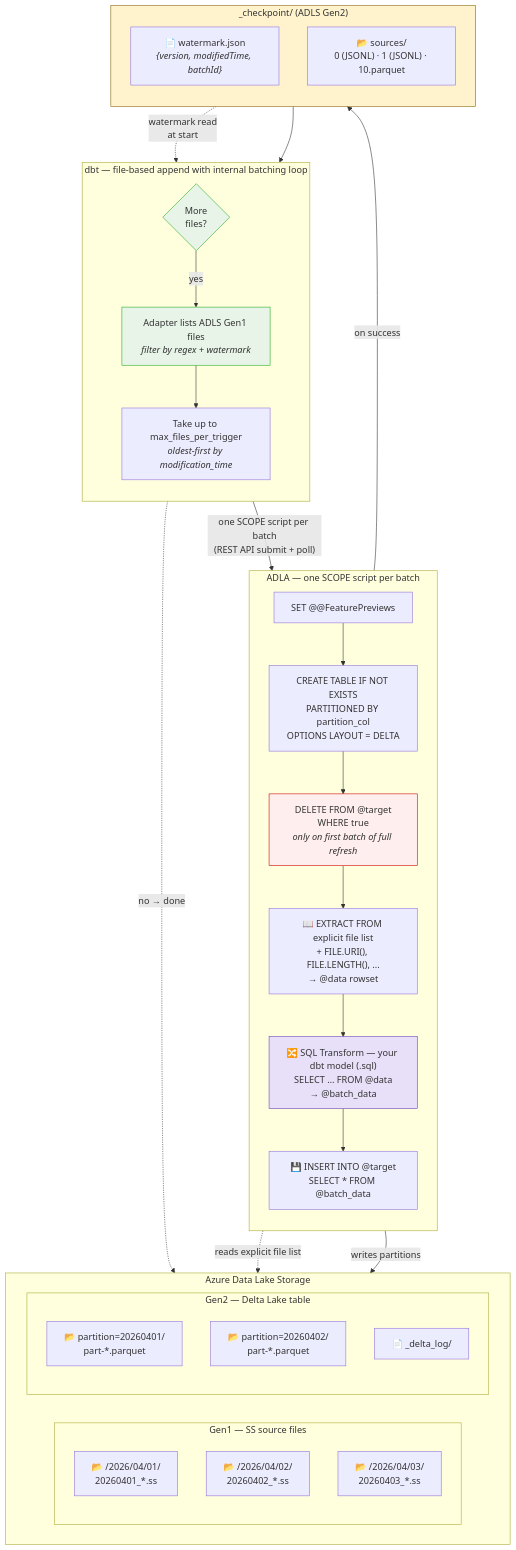
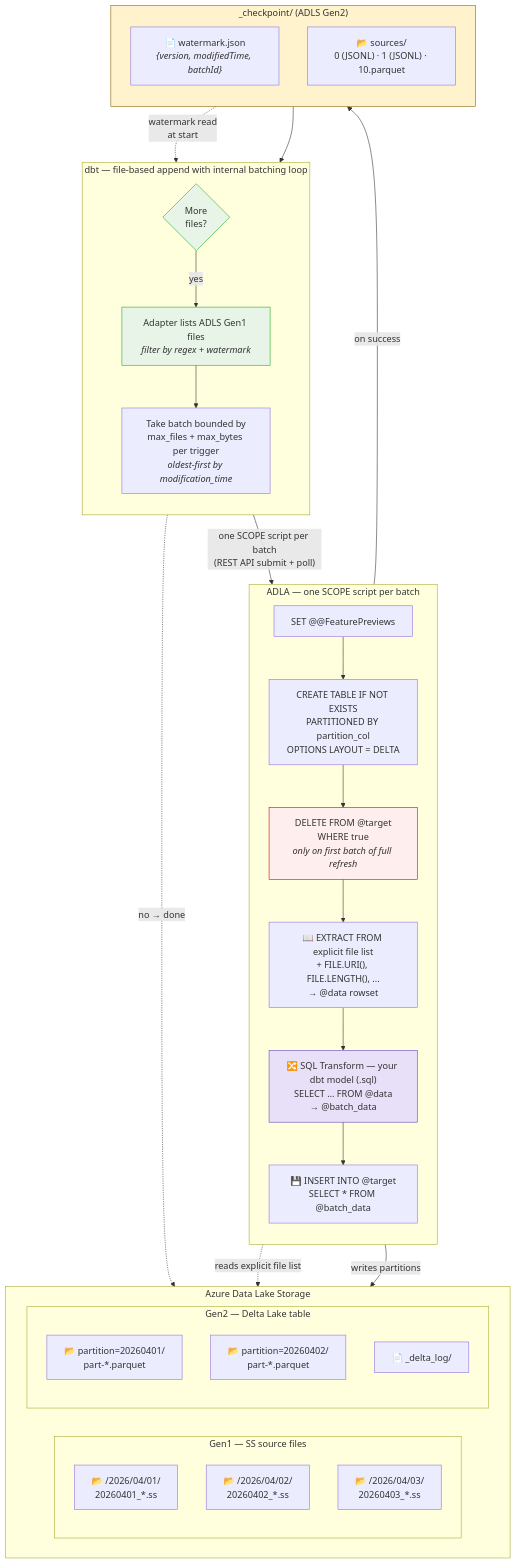
Before and after one commit to microsoft/dbt-scope: the diagram in README.md, drawn with Mermaid. The commit also changed other lines of this file and 10 other files, not shown here.

````diff
--- a/README.md
+++ b/README.md
@@ -67,58 +67,58 @@
 ```mermaid
 flowchart TB
     subgraph dbt["dbt — file-based append with internal batching loop"]
         direction TB
         Discover["Adapter lists ADLS Gen1 files<br/><i>filter by regex + watermark</i>"]
-        Batch["Take up to max_files_per_trigger<br/><i>oldest-first by modification_time</i>"]
+        Batch["Take batch bounded by<br/>max_files + max_bytes per trigger<br/><i>oldest-first by modification_time</i>"]
         More{"More<br/>files?"}
         Discover --> Batch
     end
 
     subgraph ADLA["ADLA — one SCOPE script per batch"]
         direction TB
         S1["SET @@FeaturePreviews"]
         DDL["CREATE TABLE IF NOT EXISTS<br/>PARTITIONED BY partition_col<br/>OPTIONS LAYOUT = DELTA"]
         DEL["DELETE FROM @target<br/>WHERE true<br/><i>only on first batch of full refresh</i>"]
         EXT["📖 EXTRACT FROM explicit file list<br/>+ FILE.URI(), FILE.LENGTH(), ...<br/>→ @data rowset"]
         TX["🔀 SQL Transform — your dbt model (.sql)<br/>SELECT … FROM @data<br/>→ @batch_data"]
         INS["💾 INSERT INTO @target<br/>SELECT * FROM @batch_data"]
         S1 --> DDL --> DEL --> EXT --> TX --> INS
     end
 
     subgraph Checkpoint["_checkpoint/ (ADLS Gen2)"]
         direction TB
         WM["📄 watermark.json<br/><i>{version, modifiedTime, batchId}</i>"]
         SRC["📂 sources/<br/>0 (JSONL) · 1 (JSONL) · 10.parquet"]
     end
 
     subgraph Storage["Azure Data Lake Storage"]
         direction LR
         subgraph Sources["Gen1 — SS source files"]
             direction TB
             SS1["📂 /2026/04/01/<br/>20260401_*.ss"]
             SS2["📂 /2026/04/02/<br/>20260402_*.ss"]
             SS3["📂 /2026/04/03/<br/>20260403_*.ss"]
         end
         subgraph Target["Gen2 — Delta Lake table"]
             direction TB
             P1["📂 partition=20260401/<br/>part-*.parquet"]
             P2["📂 partition=20260402/<br/>part-*.parquet"]
             DL["📄 _delta_log/"]
         end
     end
 
     Batch -- "one SCOPE script per batch<br/>(REST API submit + poll)" --> ADLA
     EXT -. "reads explicit file list" .-> Sources
     INS -- "writes partitions" --> Target
     ADLA -- "on success" --> Checkpoint
     Checkpoint -. "watermark read<br/>at start" .-> Discover
     Checkpoint --> More
     More -- "yes" --> Discover
     More -. "no → done" .-> Target
 
     style DEL fill:#fee,stroke:#c00
     style TX fill:#e8e0f8,stroke:#6a3cbc
     style Discover fill:#e8f4e8,stroke:#2a2
     style Checkpoint fill:#fff3cd,stroke:#856404
     style More fill:#e8f4e8,stroke:#2a2
 ```
````
